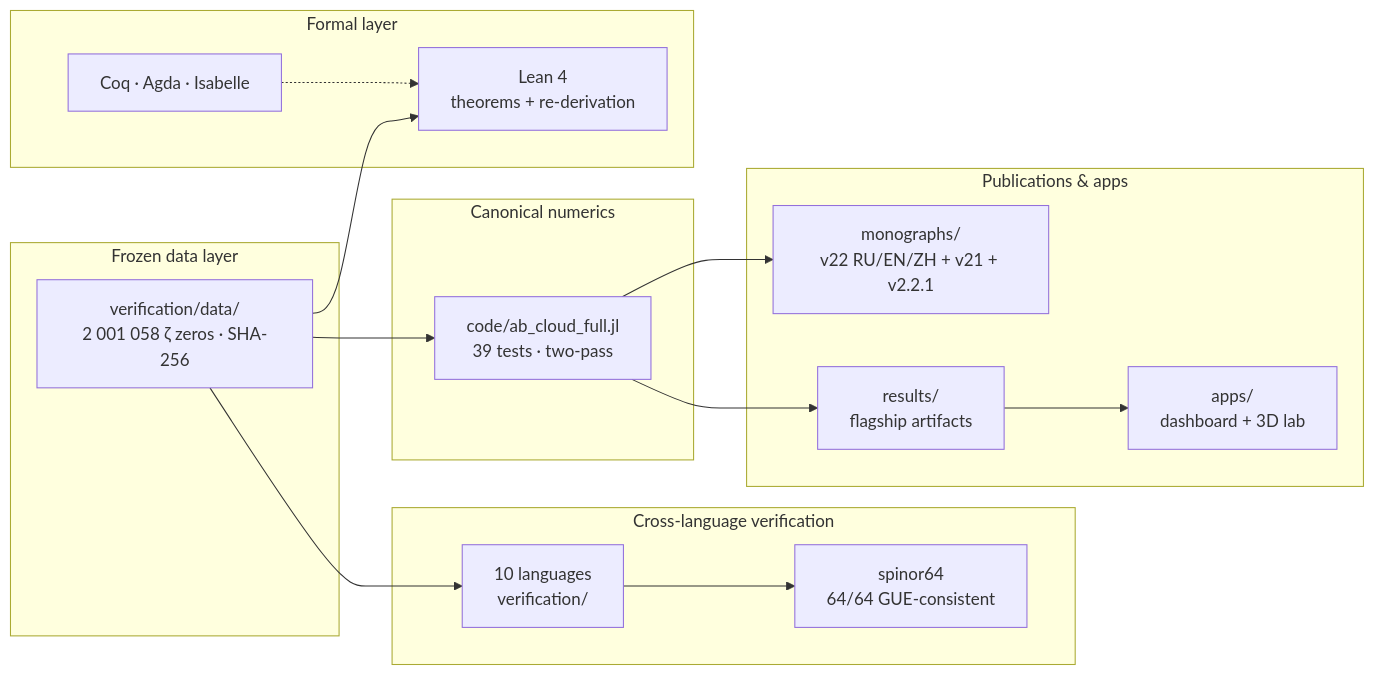
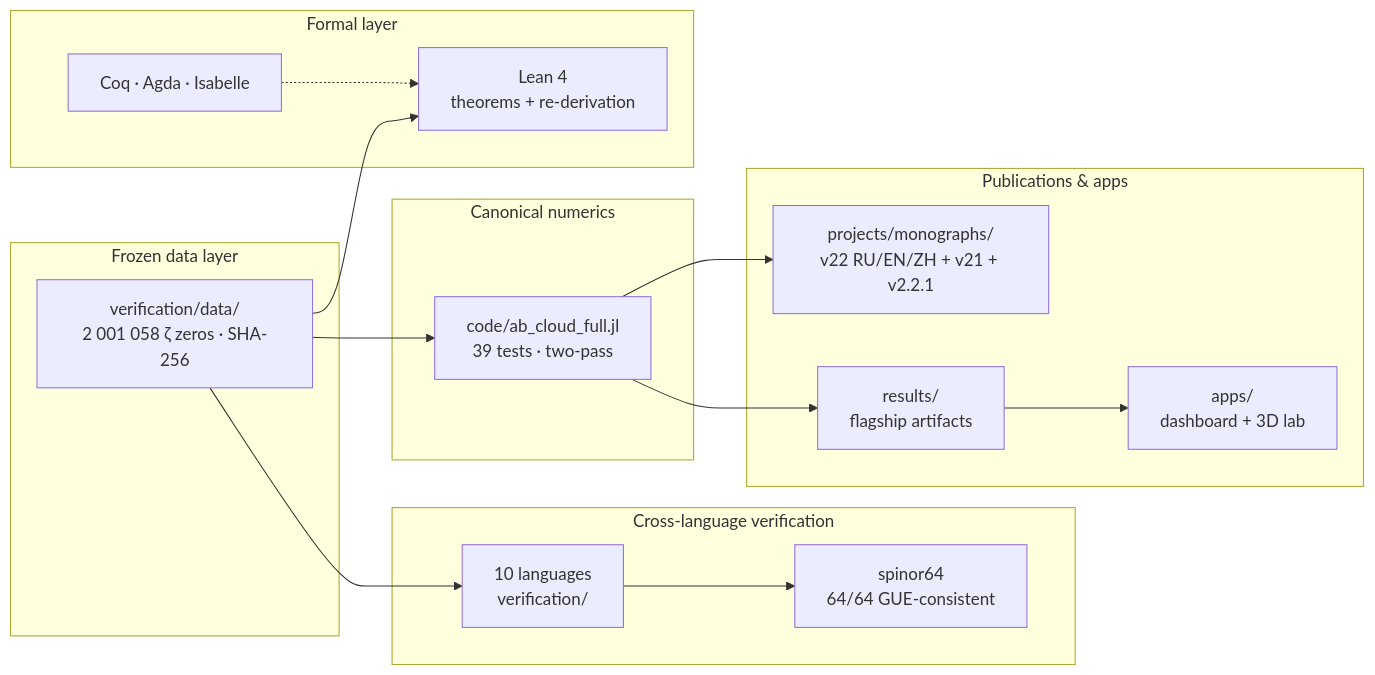
Before and after one commit to wild8highlander/ab-cloud-research: the diagram in docs/map.md, drawn with Mermaid. The commit also changed other lines of this file and 3168 other files, not shown here.

````diff
--- a/docs/map.md
+++ b/docs/map.md
@@ -8,30 +8,30 @@
 ```mermaid
 flowchart LR
     subgraph DATA["Frozen data layer"]
         Z["verification/data/<br/>2 001 058 ζ zeros · SHA-256"]
     end
     subgraph CORE["Canonical numerics"]
         J["code/ab_cloud_full.jl<br/>39 tests · two-pass"]
     end
     subgraph CROSS["Cross-language verification"]
         V["10 languages<br/>verification/"]
         S64["spinor64<br/>64/64 GUE-consistent"]
     end
     subgraph FORMAL["Formal layer"]
         L["Lean 4<br/>theorems + re-derivation"]
         C["Coq · Agda · Isabelle"]
     end
     subgraph OUT["Publications & apps"]
-        M["monographs/<br/>v22 RU/EN/ZH + v21 + v2.2.1"]
+        M["projects/monographs/<br/>v22 RU/EN/ZH + v21 + v2.2.1"]
         R["results/<br/>flagship artifacts"]
         APP["apps/<br/>dashboard + 3D lab"]
     end
     Z --> J
     Z --> V
     Z --> L
     J --> R
     V --> S64
     J --> M
     R --> APP
     C -.-> L
 ```
````
